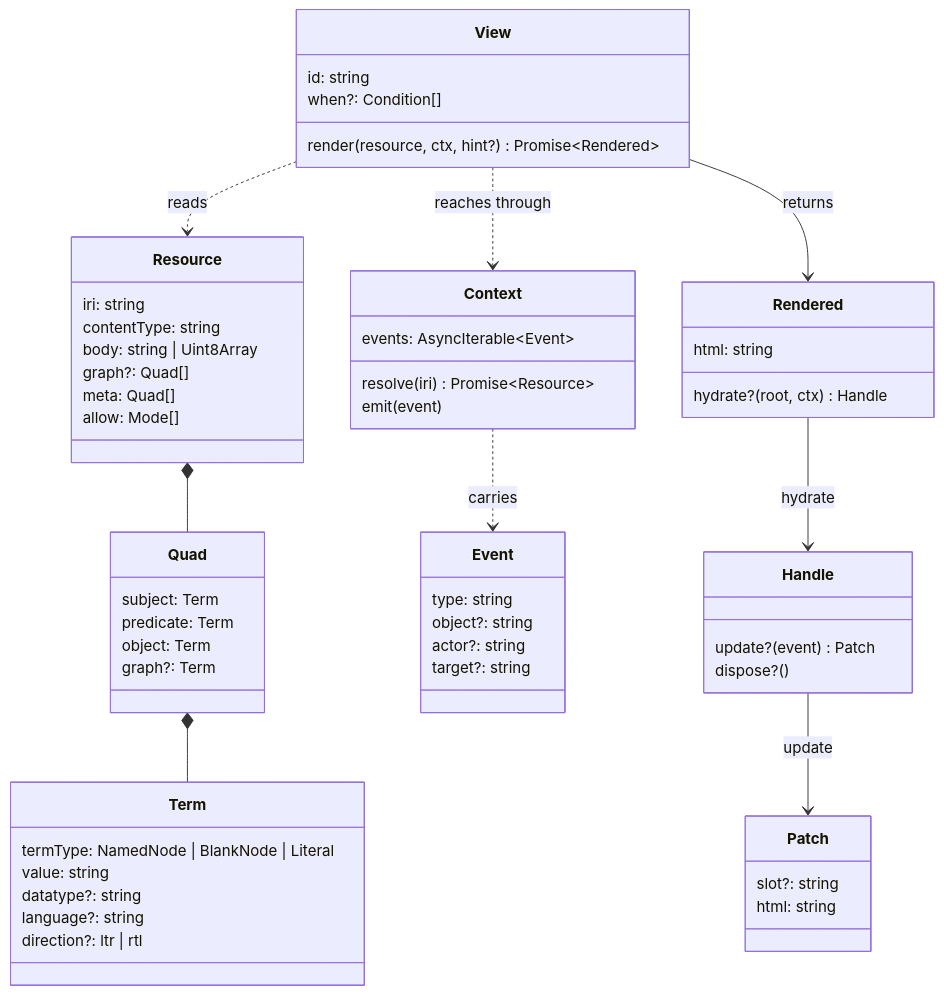
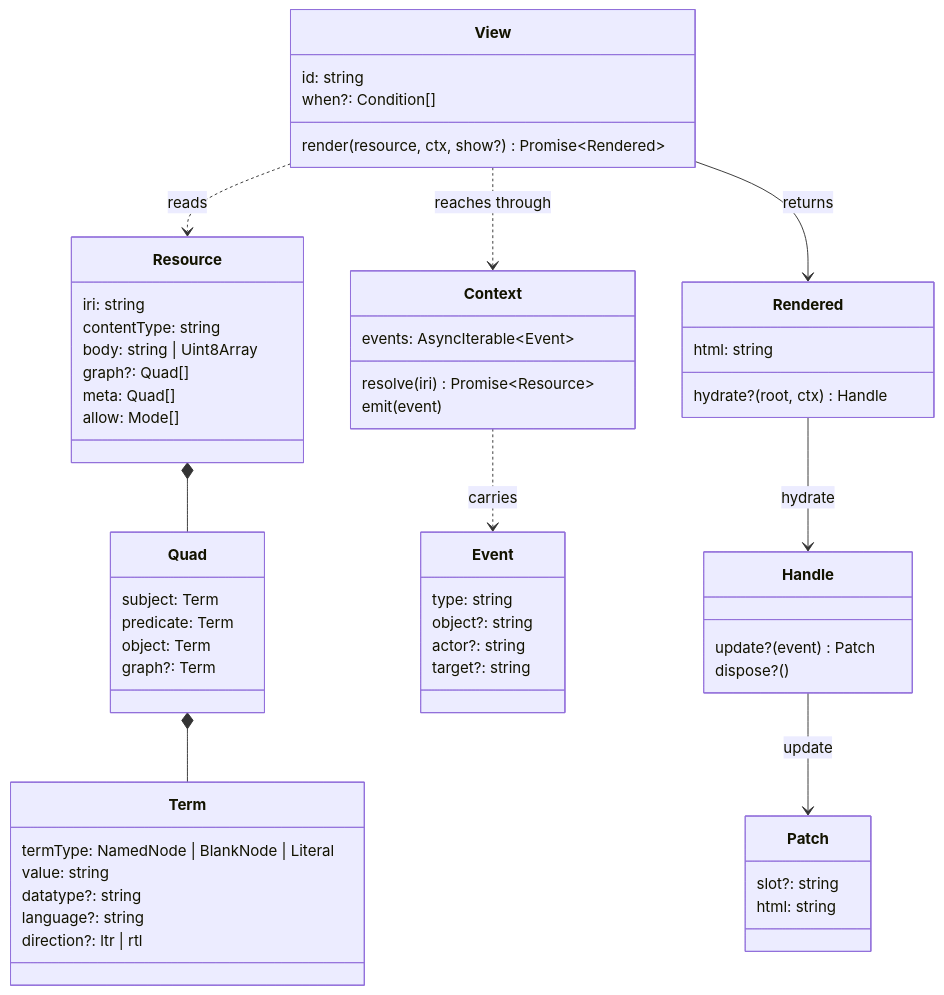
One commit to aleph-garden/vitrine changed the diagram in docs/reference/contracts.mdx. Above: the diagram before and after it, drawn with Mermaid. The commit also changed other lines of this file and 30 other files, not shown here.

Commit message:
refactor!: rename Hint to Show

````diff
--- a/docs/reference/contracts.mdx
+++ b/docs/reference/contracts.mdx
@@ -10,60 +10,60 @@
 ```mermaid
 classDiagram
   class Resource {
     iri: string
     contentType: string
     body: string | Uint8Array
     graph?: Quad[]
     meta: Quad[]
     allow: Mode[]
   }
   class Quad {
     subject: Term
     predicate: Term
     object: Term
     graph?: Term
   }
   class Term {
     termType: NamedNode | BlankNode | Literal
     value: string
     datatype?: string
     language?: string
     direction?: ltr | rtl
   }
   class Context {
     resolve(iri) Promise~Resource~
     emit(event)
     events: AsyncIterable~Event~
   }
   class Event {
     type: string
     object?: string
     actor?: string
     target?: string
   }
   class View {
     id: string
     when?: Condition[]
-    render(resource, ctx, hint?) Promise~Rendered~
+    render(resource, ctx, show?) Promise~Rendered~
   }
   class Rendered {
     html: string
     hydrate?(root, ctx) Handle
   }
   class Handle {
     update?(event) Patch
     dispose?()
   }
   class Patch {
     slot?: string
     html: string
   }
   Resource *-- Quad
   Quad *-- Term
   View ..> Resource : reads
   View ..> Context : reaches through
   View --> Rendered : returns
   Rendered --> Handle : hydrate
   Handle --> Patch : update
   Context ..> Event : carries
 ```
````
